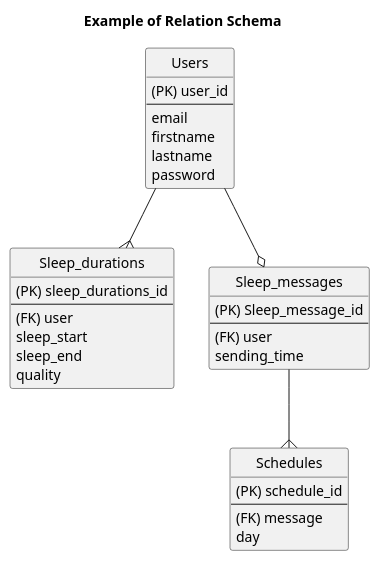
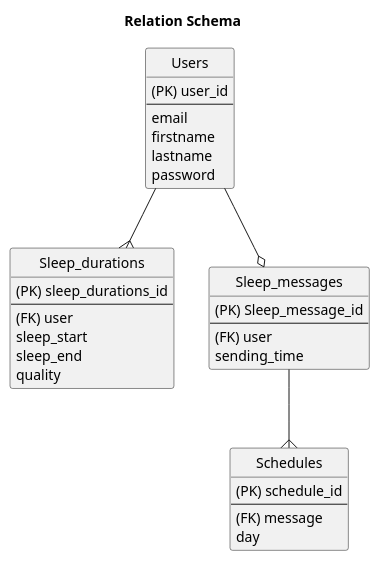
One commit to oleksandrblazhko/ai-212-zelinska changed the diagram in 2-SoftwareDesign/2.7-PlantUML/DataModel.puml. Above: the diagram before and after it, drawn with PlantUML.

```diff
--- a/2-SoftwareDesign/2.7-PlantUML/DataModel.puml
+++ b/2-SoftwareDesign/2.7-PlantUML/DataModel.puml
@@ -1,41 +1,41 @@
 @startuml
-title Example of Relation Schema
+title  Relation Schema
 
 hide circle
 
 entity "Users" as tu {
     (PK) user_id
     --
     email
     firstname
     lastname
     password
 }
 
 entity "Sleep_durations" as tsd {
     (PK) sleep_durations_id
     --
     (FK) user
     sleep_start
     sleep_end
     quality
 }
 
 entity "Sleep_messages" as tsm {
     (PK) Sleep_message_id
     --
     (FK) user
     sending_time
 }
 
 entity "Schedules" as tsc {
     (PK) schedule_id
     --
     (FK) message
     day
 }
 
 tu --{ tsd
 tu --o tsm
 tsm --{ tsc
 @enduml
```
